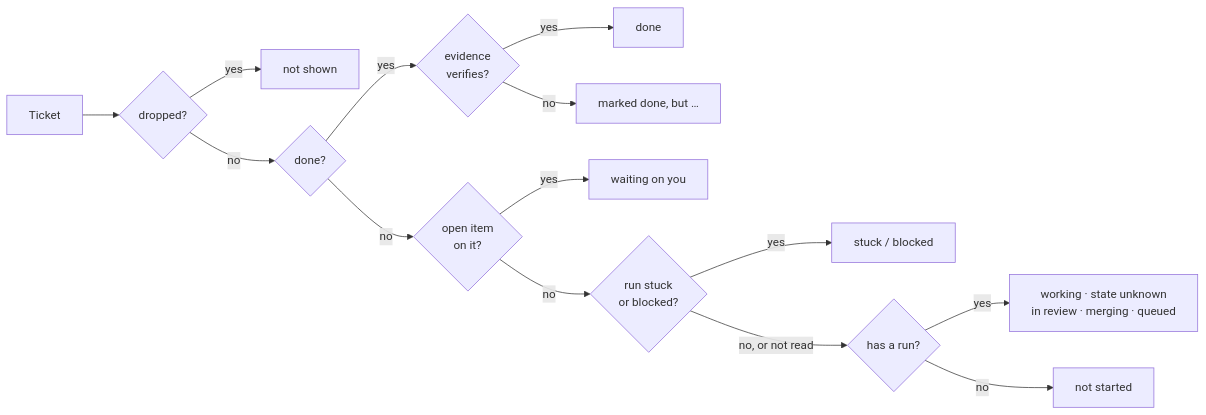
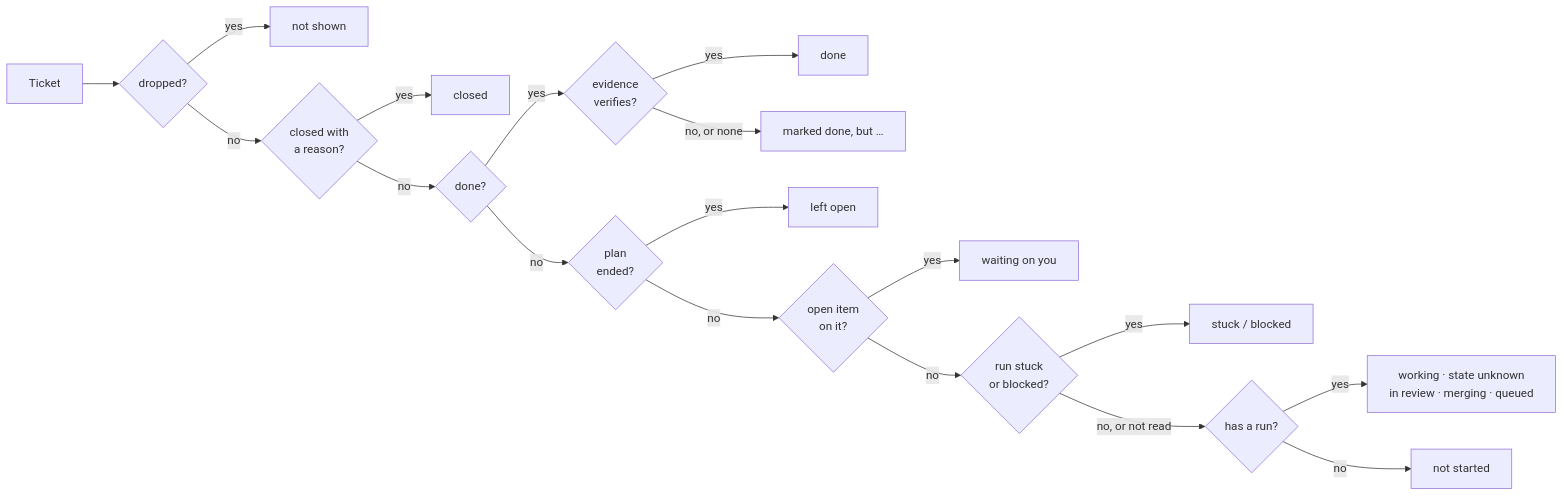
The second of 3 diagrams in docs/superpowers/specs/2026-11-16-programme-work-map-design.md (Synapsium-Labs/ccrc-pwa), drawn with Mermaid before and after one commit. The commit also changed other lines of this file and 3 other files, not shown here.

````diff
--- a/docs/superpowers/specs/2026-11-16-programme-work-map-design.md
+++ b/docs/superpowers/specs/2026-11-16-programme-work-map-design.md
@@ -237,16 +273,20 @@
 ```mermaid
 flowchart LR
   T["Ticket"] --> D{"dropped?"}
   D -- "yes" --> X["not shown"]
-  D -- "no" --> F{"done?"}
+  D -- "no" --> C{"closed with<br/>a reason?"}
+  C -- "yes" --> CL["closed"]
+  C -- "no" --> F{"done?"}
   F -- "yes" --> V{"evidence<br/>verifies?"}
   V -- "yes" --> OK["done"]
-  V -- "no" --> MU["marked done, but …"]
-  F -- "no" --> I{"open item<br/>on it?"}
+  V -- "no, or none" --> MU["marked done, but …"]
+  F -- "no" --> E{"plan<br/>ended?"}
+  E -- "yes" --> LO["left open"]
+  E -- "no" --> I{"open item<br/>on it?"}
   I -- "yes" --> W["waiting on you"]
   I -- "no" --> S{"run stuck<br/>or blocked?"}
   S -- "yes" --> B["stuck / blocked"]
   S -- "no, or not read" --> R{"has a run?"}
   R -- "yes" --> P["working · state unknown<br/>in review · merging · queued"]
   R -- "no" --> N["not started"]
 ```
````
